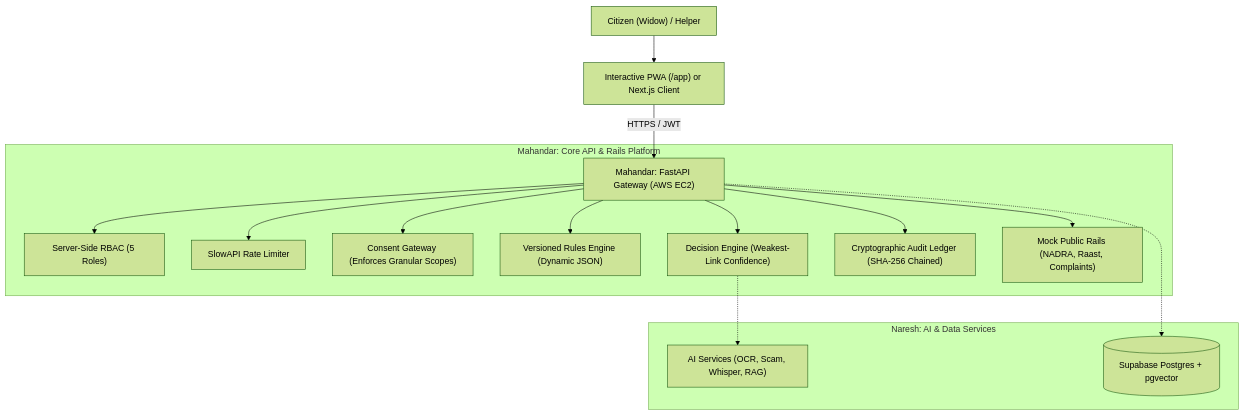
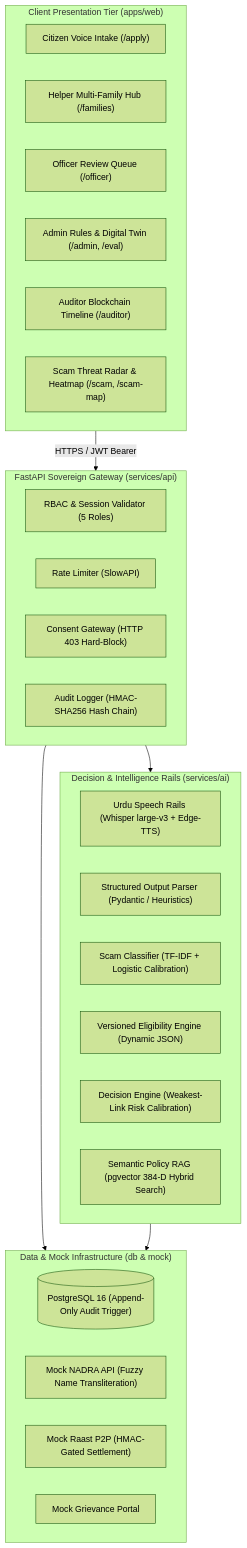
Before and after one commit to Gulab1275/lastmile-ai-rails: the diagram in README.md, drawn with Mermaid (forest theme). The commit also changed other lines of this file and 27 other files, not shown here.

````diff
--- a/README.md
+++ b/README.md
@@ -81,20 +65,39 @@
 ```mermaid
 flowchart TD
-    User["Citizen (Widow) / Helper"] --> PWA["Interactive PWA (/app) or Next.js Client"]
-    PWA -->|"HTTPS / JWT"| API["Mahandar: FastAPI Gateway (AWS EC2)"]
-
-    subgraph "Mahandar: Core API & Rails Platform"
-        API --> RBAC["Server-Side RBAC (5 Roles)"]
-        API --> RateLimit["SlowAPI Rate Limiter"]
-        API --> ConsentGW["Consent Gateway (Enforces Granular Scopes)"]
-        API --> RulesEng["Versioned Rules Engine (Dynamic JSON)"]
-        API --> DecisionEng["Decision Engine (Weakest-Link Confidence)"]
-        API --> AuditLog["Cryptographic Audit Ledger (SHA-256 Chained)"]
-        API --> MockDPI["Mock Public Rails (NADRA, Raast, Complaints)"]
+    subgraph Client ["Client Presentation Tier (apps/web)"]
+        CitizenUI["Citizen Voice Intake (/apply)"]
+        HelperUI["Helper Multi-Family Hub (/families)"]
+        OfficerUI["Officer Review Queue (/officer)"]
+        AdminUI["Admin Rules & Digital Twin (/admin, /eval)"]
+        AuditorUI["Auditor Blockchain Timeline (/auditor)"]
+        ScamUI["Scam Threat Radar & Heatmap (/scam, /scam-map)"]
     end
 
-    subgraph "Naresh: AI & Data Services"
-        DecisionEng -.-> AI_Pipe["AI Services (OCR, Scam, Whisper, RAG)"]
-        API -.-> SupabaseDB[("Supabase Postgres + pgvector")]
+    subgraph Gateway ["FastAPI Sovereign Gateway (services/api)"]
+        RBAC["RBAC & Session Validator (5 Roles)"]
+        RateLimit["Rate Limiter (SlowAPI)"]
+        ConsentGW["Consent Gateway (HTTP 403 Hard-Block)"]
+        AuditLedger["Audit Logger (HMAC-SHA256 Hash Chain)"]
     end
+
+    subgraph Engines ["Decision & Intelligence Rails (services/ai)"]
+        VoiceEngine["Urdu Speech Rails (Whisper large-v3 + Edge-TTS)"]
+        FormExtractor["Structured Output Parser (Pydantic / Heuristics)"]
+        ScamDetector["Scam Classifier (TF-IDF + Logistic Calibration)"]
+        RulesEngine["Versioned Eligibility Engine (Dynamic JSON)"]
+        DecisionEngine["Decision Engine (Weakest-Link Risk Calibration)"]
+        RAGPolicy["Semantic Policy RAG (pgvector 384-D Hybrid Search)"]
+    end
+
+    subgraph DataRails ["Data & Mock Infrastructure (db & mock)"]
+        PG[("PostgreSQL 16 (Append-Only Audit Trigger)")]
+        MockNADRA["Mock NADRA API (Fuzzy Name Transliteration)"]
+        MockRaast["Mock Raast P2P (HMAC-Gated Settlement)"]
+        MockPortal["Mock Grievance Portal"]
+    end
+
+    Client -->|"HTTPS / JWT Bearer"| Gateway
+    Gateway --> Engines
+    Gateway --> DataRails
+    Engines --> DataRails
 ```
````
